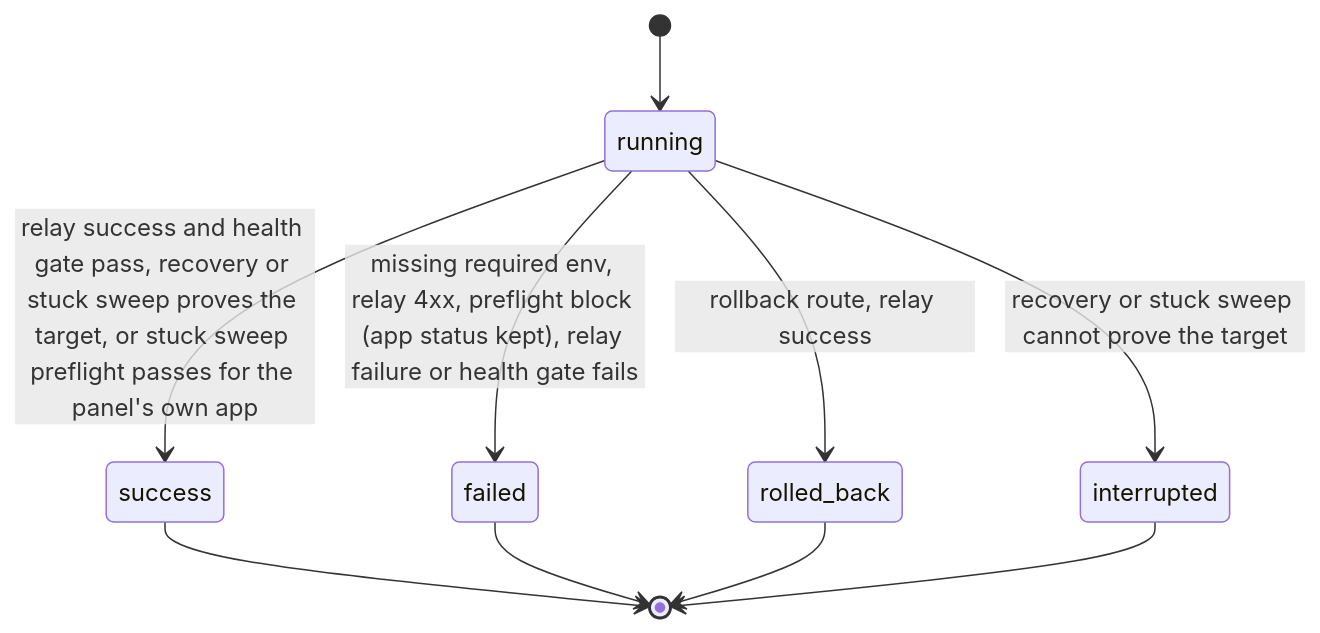
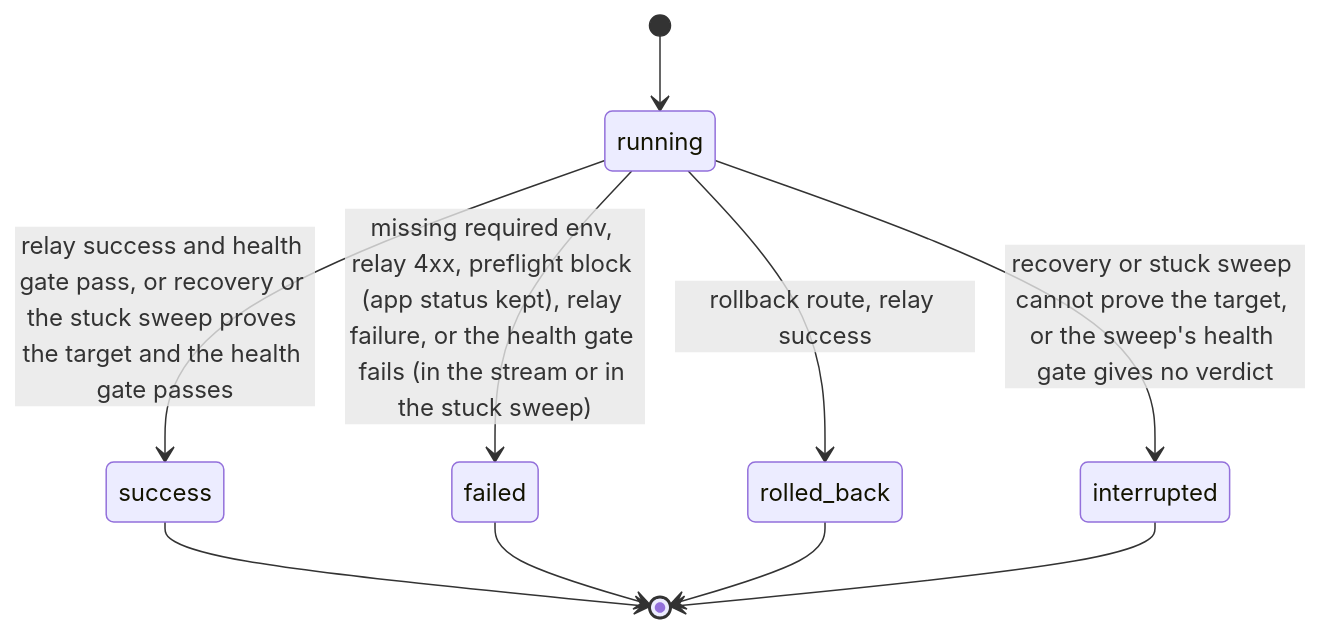
Before and after one commit to LanNguyenSi/deploy-panel: the second of 2 diagrams in docs/architecture.md, drawn with Mermaid. The commit also changed 6 other files, not shown here.

First line of the commit message:
fix(sweep): run the post-deploy health gate before the stuck sweep records success (#247)

````diff
--- a/docs/architecture.md
+++ b/docs/architecture.md
@@ -97,12 +97,12 @@
 ```mermaid
 stateDiagram-v2
   [*] --> running
-  running --> failed: missing required env, relay 4xx, preflight block (app status kept), relay failure or health gate fails
-  running --> success: relay success and health gate pass, recovery or stuck sweep proves the target, or stuck sweep preflight passes for the panel's own app
+  running --> failed: missing required env, relay 4xx, preflight block (app status kept), relay failure, or the health gate fails (in the stream or in the stuck sweep)
+  running --> success: relay success and health gate pass, or recovery or the stuck sweep proves the target and the health gate passes
   running --> rolled_back: rollback route, relay success
-  running --> interrupted: recovery or stuck sweep cannot prove the target
+  running --> interrupted: recovery or stuck sweep cannot prove the target, or the sweep's health gate gives no verdict
   success --> [*]
   failed --> [*]
   rolled_back --> [*]
   interrupted --> [*]
 ```
````
